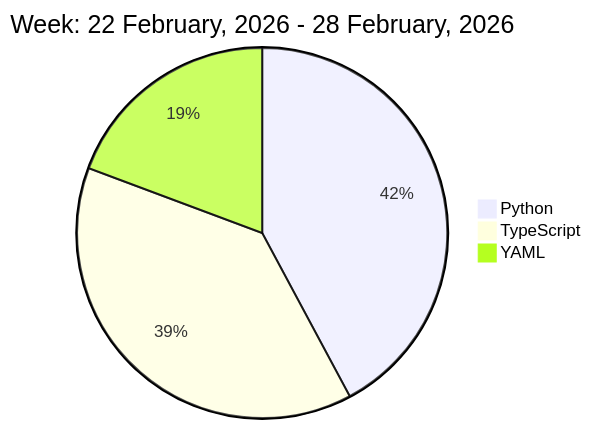
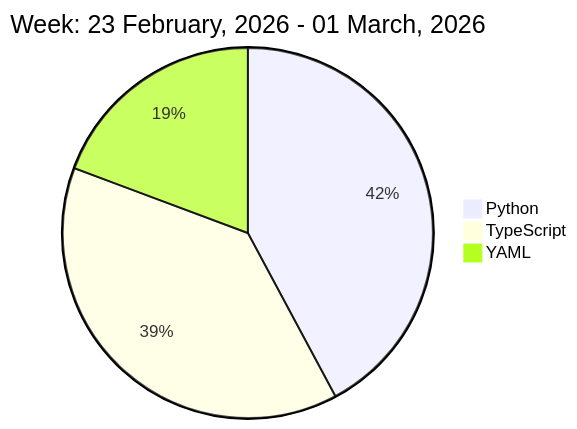
Before and after one commit to liubin95/liubin95: the diagram in README.md, drawn with Mermaid.

Commit message:
Updated the Graph with new Metrics

````diff
--- a/README.md
+++ b/README.md
@@ -37,7 +37,7 @@
 ```mermaid
  pie
-title Week: 22 February, 2026 - 28 February, 2026
+title Week: 23 February, 2026 - 01 March, 2026
  "Python" : 4.63
  "TypeScript" : 4.23
  "YAML" : 2.12
 ```
````
